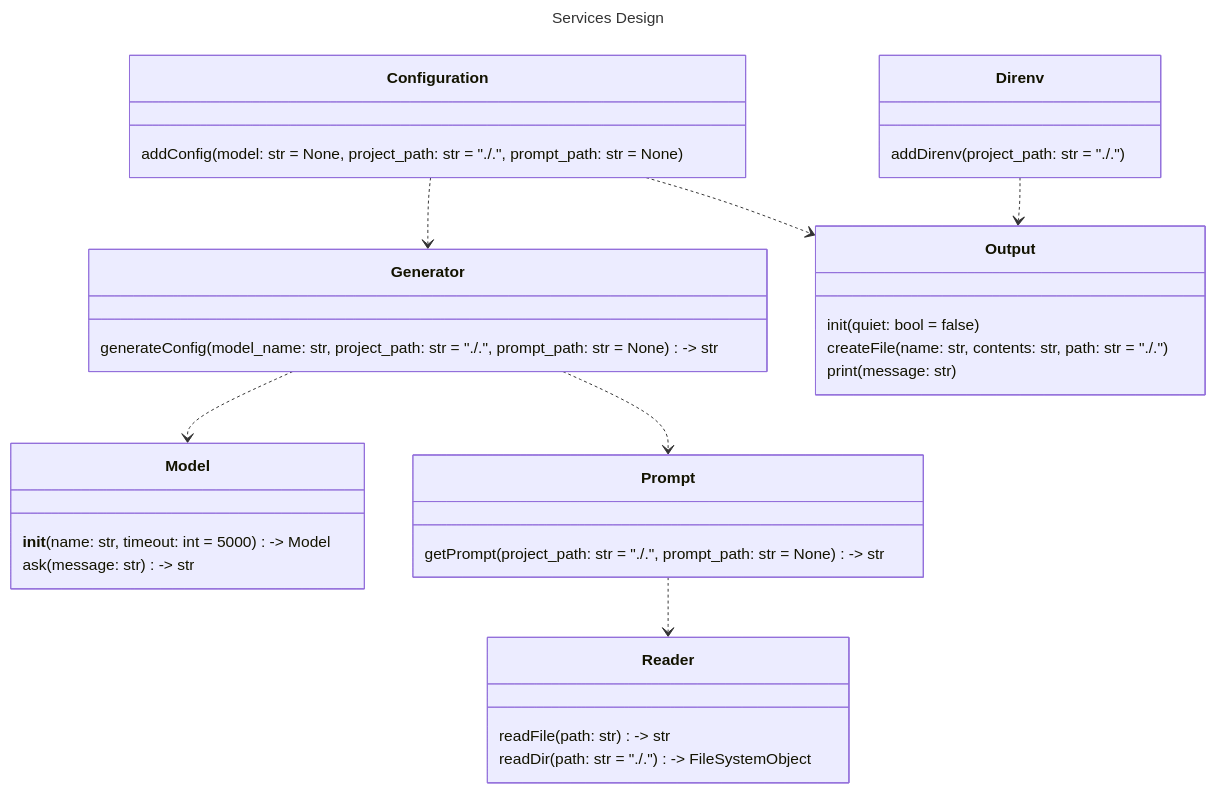
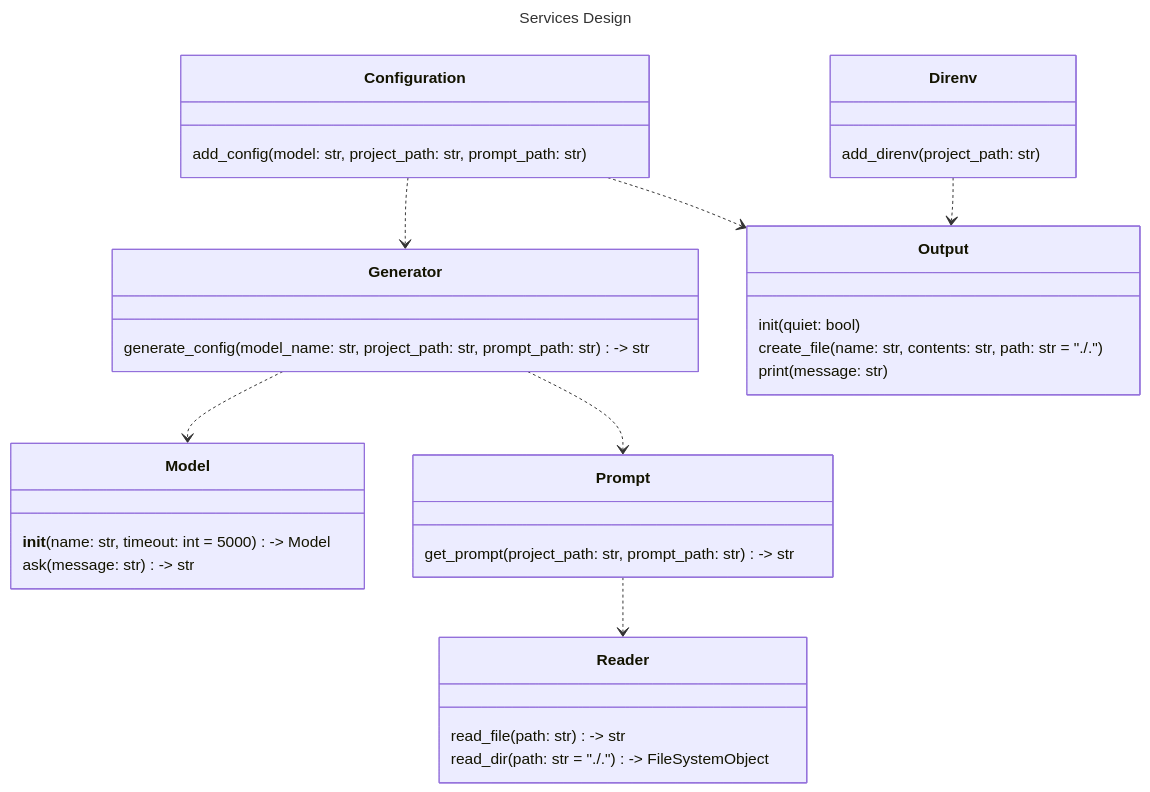
Before and after one commit to Oldranda1414/AutoDev: the diagram in docs/assets/src/services_design.mmd, drawn with Mermaid. The commit also changed 6 other files, not shown here.

```diff
--- a/docs/assets/src/services_design.mmd
+++ b/docs/assets/src/services_design.mmd
@@ -1,52 +1,52 @@
 ---
 title: Services Design
 ---
 classDiagram
 
     class Configuration {
-        addConfig(model: str = None, project_path: str = "./.", prompt_path: str = None) 
+        add_config(model: str, project_path: str, prompt_path: str) 
 %% pseudo code: 
-%%     def addConfig(model, project_path, prompt_path):
-%%         contents = Generator.generateConfig(model, project_path, prompt_path)
-%%         Output.createFile("flake.nix", contents)
+%%     def add_config(model, project_path, prompt_path):
+%%         contents = Generator.generate_config(model, project_path, prompt_path)
+%%         Output.create_file("flake.nix", contents)
     }
 
     class Direnv {
-        addDirenv(project_path: str = "./.")
+        add_direnv(project_path: str)
     }
 
     class Generator {
-        generateConfig(model_name: str, project_path: str = "./.", prompt_path: str = None) -> str
+        generate_config(model_name: str, project_path: str, prompt_path: str) -> str
 %% pseudo code: 
 %%     def generateConfig(model_name, project_path, prompt_path):
 %%         model = Model(model)
 %%         message = Prompt.getPrompt(project_path, prompt_path)
 %%         return model.ask(message)
     }
 
     class Model {
         __init__(name: str, timeout: int = 5000) -> Model
         ask(message: str) -> str
     }
 
     class Prompt {
-        getPrompt(project_path: str = "./.", prompt_path: str = None) -> str
+        get_prompt(project_path: str, prompt_path: str) -> str
     }
 
     class Output {
-        init(quiet: bool = false)
-        createFile(name: str, contents: str, path: str = "./.")
+        init(quiet: bool)
+        create_file(name: str, contents: str, path: str = "./.")
         print(message: str)
     }
 
     class Reader {
-        readFile(path: str) -> str
-        readDir(path: str = "./.") -> FileSystemObject
+        read_file(path: str) -> str
+        read_dir(path: str = "./.") -> FileSystemObject
     }
 
     Direnv ..> Output
     Configuration ..> Output
     Configuration ..> Generator
     Generator ..> Model
     Generator ..> Prompt
     Prompt ..> Reader
```
